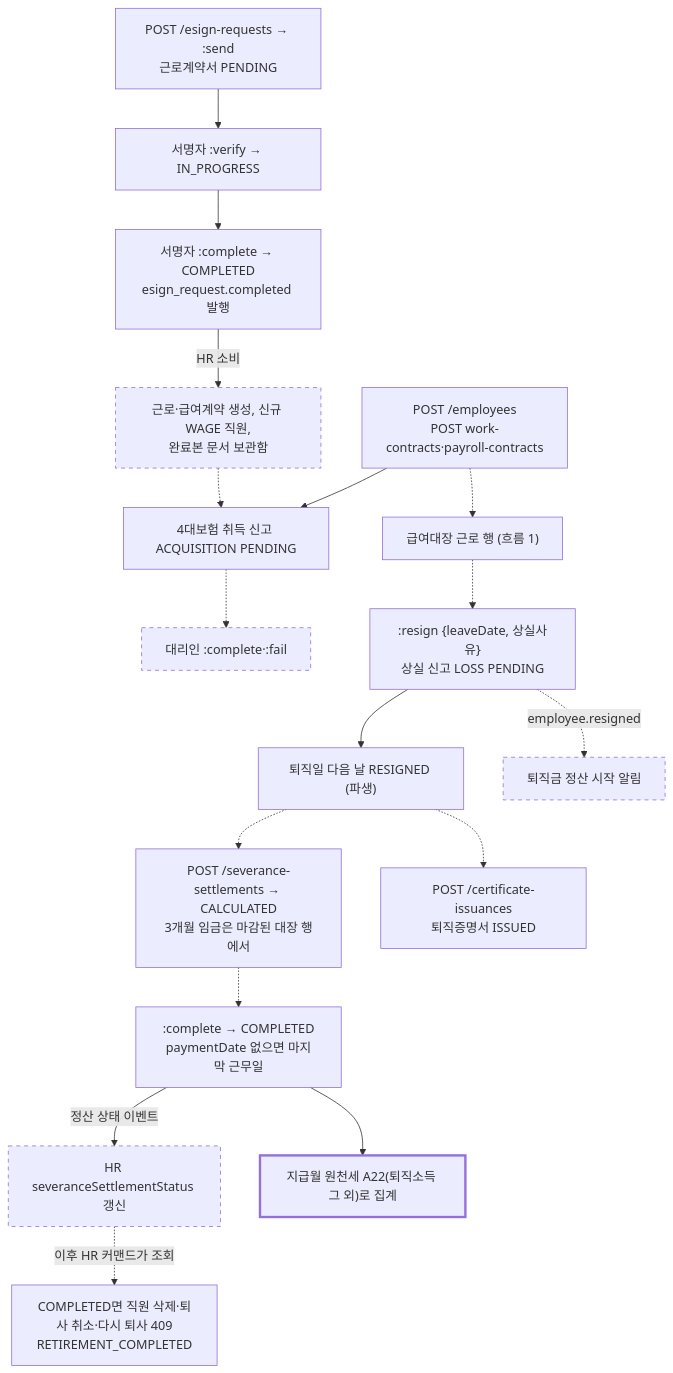
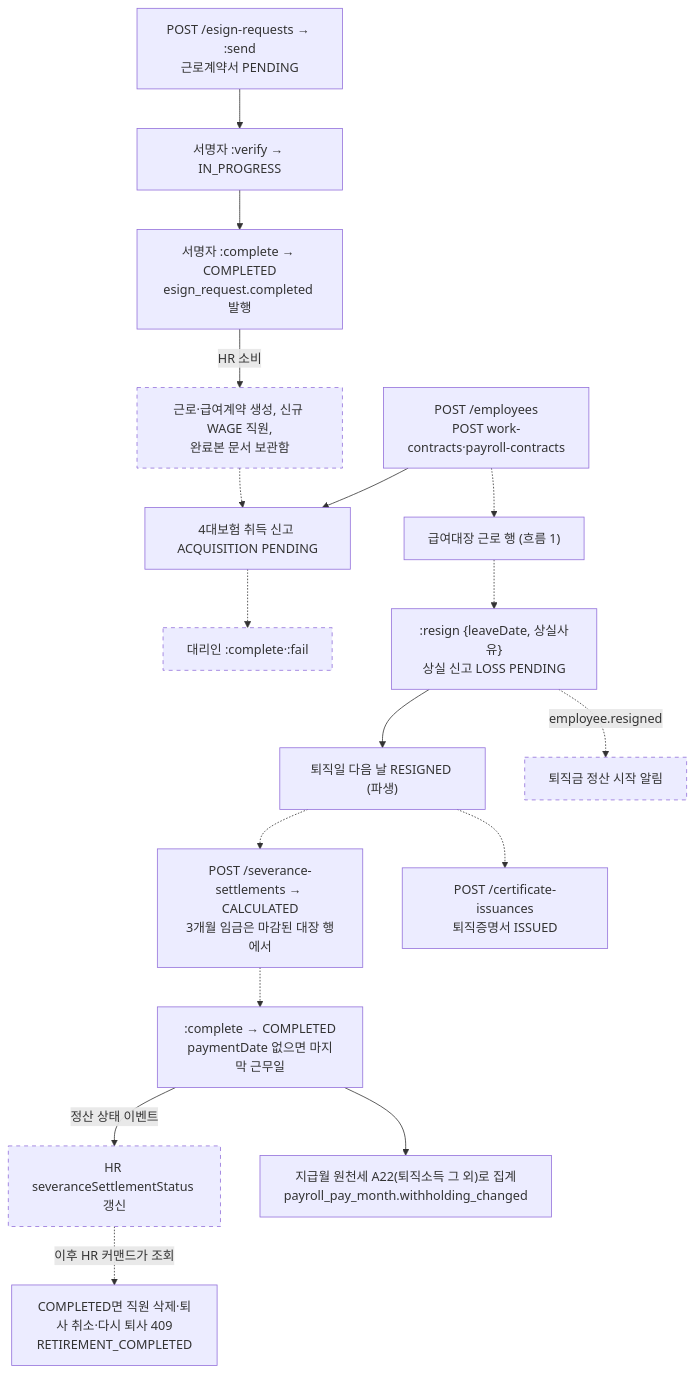
Before and after one commit to cbcruk/semu: the second of 3 diagrams in docs/design/lifecycles.md, drawn with Mermaid. The commit also changed other lines of this file and 7 other files, not shown here.

````diff
--- a/docs/design/lifecycles.md
+++ b/docs/design/lifecycles.md
@@ -93,21 +93,21 @@
 ```mermaid
 flowchart TD
   esign["POST /esign-requests → :send<br/>근로계약서 PENDING"] --> verify["서명자 :verify → IN_PROGRESS"]
   verify --> complete["서명자 :complete → COMPLETED<br/>esign_request.completed 발행"]
   complete -- "HR 소비" --> hrmake["근로·급여계약 생성, 신규 WAGE 직원,<br/>완료본 문서 보관함"]:::todo
   manual["POST /employees<br/>POST work-contracts·payroll-contracts"] --> acq["4대보험 취득 신고 ACQUISITION PENDING"]
   hrmake -.-> acq
   acq -.-> agentdo["대리인 :complete·:fail"]:::todo
   manual -.-> payroll["급여대장 근로 행 (흐름 1)"]
   payroll -.-> resign[":resign {leaveDate, 상실사유}<br/>상실 신고 LOSS PENDING"]
   resign --> resigned["퇴직일 다음 날 RESIGNED (파생)"]
   resign -. "employee.resigned" .-> start["퇴직금 정산 시작 알림"]:::todo
   resigned -.-> sev["POST /severance-settlements → CALCULATED<br/>3개월 임금은 마감된 대장 행에서"]
   sev -.-> sevdone[":complete → COMPLETED<br/>paymentDate 없으면 마지막 근무일"]
   sevdone -- "정산 상태 이벤트" --> hrstatus["HR severanceSettlementStatus 갱신"]:::todo
   hrstatus -. "이후 HR 커맨드가 조회" .-> guard["COMPLETED면 직원 삭제·퇴사 취소·다시 퇴사 409<br/>RETIREMENT_COMPLETED"]
-  sevdone --> a22["지급월 원천세 A22(퇴직소득 그 외)로 집계"]:::open
+  sevdone --> a22["지급월 원천세 A22(퇴직소득 그 외)로 집계<br/>payroll_pay_month.withholding_changed"]
   resigned -.-> cert["POST /certificate-issuances<br/>퇴직증명서 ISSUED"]
   classDef todo stroke-dasharray: 5 5
   classDef open stroke-width: 3px
 ```
````
